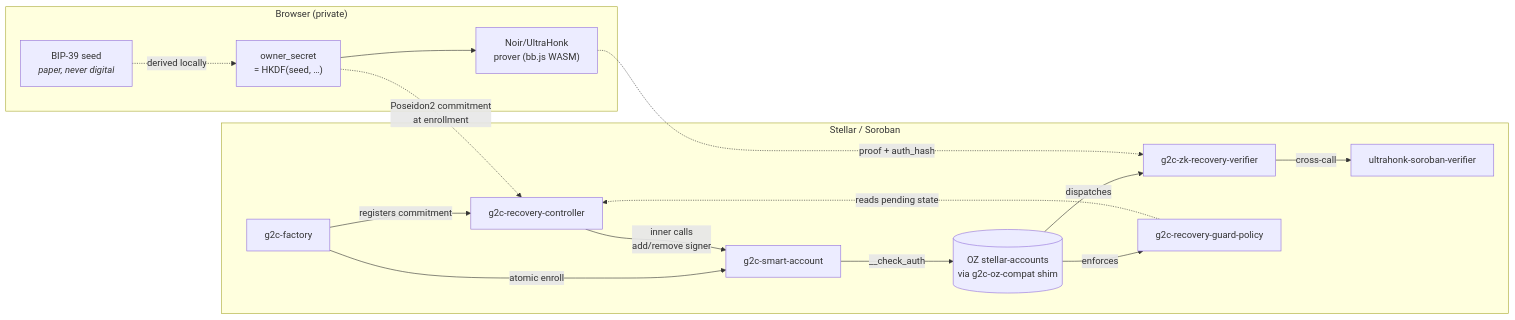
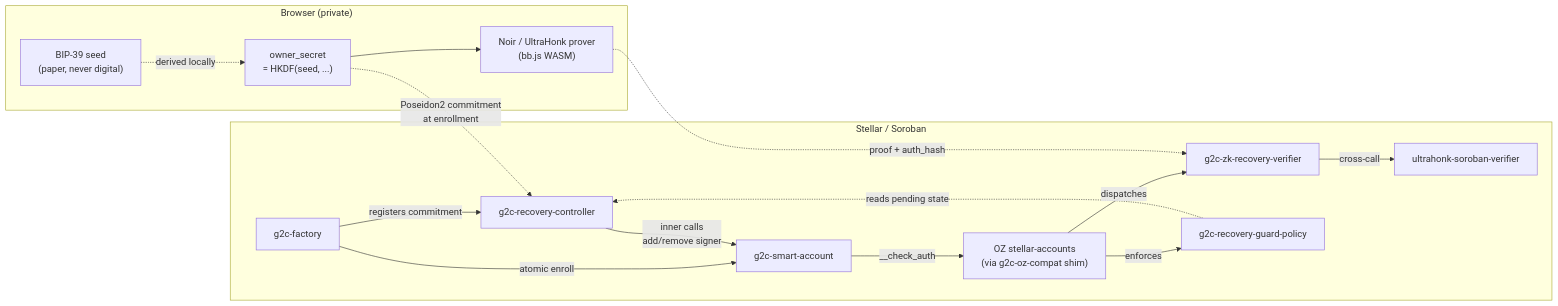
One commit to theahaco/sdf-zk-proposal changed the first of 2 diagrams in SDF_PROPOSAL.md. Above: the diagram before and after it, drawn with Mermaid. The commit also changed other lines of this file and 1 other file, not shown here.

Commit message:
v16: fix Mermaid 10.x syntax errors
Mermaid 10.9.5 was flagging syntax errors. Mermaid 10.x is stricter
than older versions about HTML tags and unicode in node labels and
message text. Cleanups:

flowchart (§1):
- Removed <i>...</i> tags (mermaid 10.x rejects them in node labels)
- Replaced unicode … with ASCII ...
- Changed cylinder shape [(label)] to rectangle [label] for the OZ node
  (cylinder + multiline + parens trips the parser)
- Quoted edge labels via |...| syntax for parser stability
- Replaced -. label .-> with -.->|label| (edge-label form)

sequenceDiagram (§1):
- Replaced unicode ≥ with >=, ≤ with <=, Σ with sum_of_, em-dash — with -
- Removed the unused webauthn-verifier participant
- Simplified Note over message text (no unbalanced parens, no commas
  in actor list that look like delimiters)

````diff
--- a/SDF_PROPOSAL.md
+++ b/SDF_PROPOSAL.md
@@ -44,32 +44,32 @@
 ```mermaid
 flowchart LR
     subgraph Browser["Browser (private)"]
-        Seed["BIP-39 seed<br/><i>paper, never digital</i>"]
-        OS["owner_secret<br/>= HKDF(seed, …)"]
-        Prover["Noir/UltraHonk<br/>prover (bb.js WASM)"]
-        Seed -. derived locally .-> OS
+        Seed["BIP-39 seed<br/>(paper, never digital)"]
+        OS["owner_secret<br/>= HKDF(seed, ...)"]
+        Prover["Noir / UltraHonk prover<br/>(bb.js WASM)"]
+        Seed -.->|derived locally| OS
         OS --> Prover
     end
 
     subgraph Soroban["Stellar / Soroban"]
-        Factory[g2c-factory]
-        SA[g2c-smart-account]
-        Verifier[g2c-zk-recovery-verifier]
-        Controller[g2c-recovery-controller]
-        Policy[g2c-recovery-guard-policy]
-        UH[ultrahonk-soroban-verifier]
-        OZ[(OZ stellar-accounts<br/>via g2c-oz-compat shim)]
+        Factory["g2c-factory"]
+        SA["g2c-smart-account"]
+        Verifier["g2c-zk-recovery-verifier"]
+        Controller["g2c-recovery-controller"]
+        Policy["g2c-recovery-guard-policy"]
+        UH["ultrahonk-soroban-verifier"]
+        OZ["OZ stellar-accounts<br/>(via g2c-oz-compat shim)"]
 
-        Factory -- atomic enroll --> SA
-        Factory -- registers commitment --> Controller
-        SA -- __check_auth --> OZ
-        OZ -- dispatches --> Verifier
-        OZ -- enforces --> Policy
-        Verifier -- cross-call --> UH
-        Policy -. reads pending state .-> Controller
-        Controller -- inner calls<br/>add/remove signer --> SA
+        Factory -->|atomic enroll| SA
+        Factory -->|registers commitment| Controller
+        SA -->|__check_auth| OZ
+        OZ -->|dispatches| Verifier
+        OZ -->|enforces| Policy
+        Verifier -->|cross-call| UH
+        Policy -.->|reads pending state| Controller
+        Controller -->|inner calls<br/>add/remove signer| SA
     end
 
-    Prover -. proof + auth_hash .-> Verifier
-    OS -. Poseidon2 commitment<br/>at enrollment .-> Controller
+    Prover -.->|proof + auth_hash| Verifier
+    OS -.->|Poseidon2 commitment<br/>at enrollment| Controller
 ```
````
